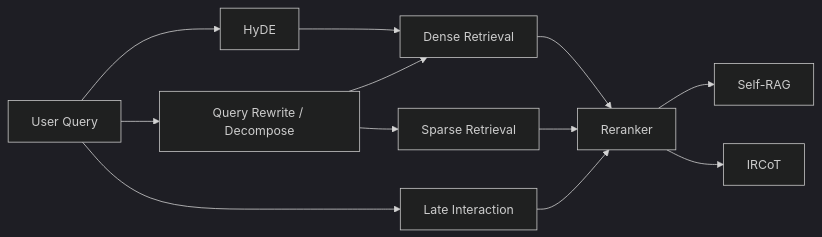
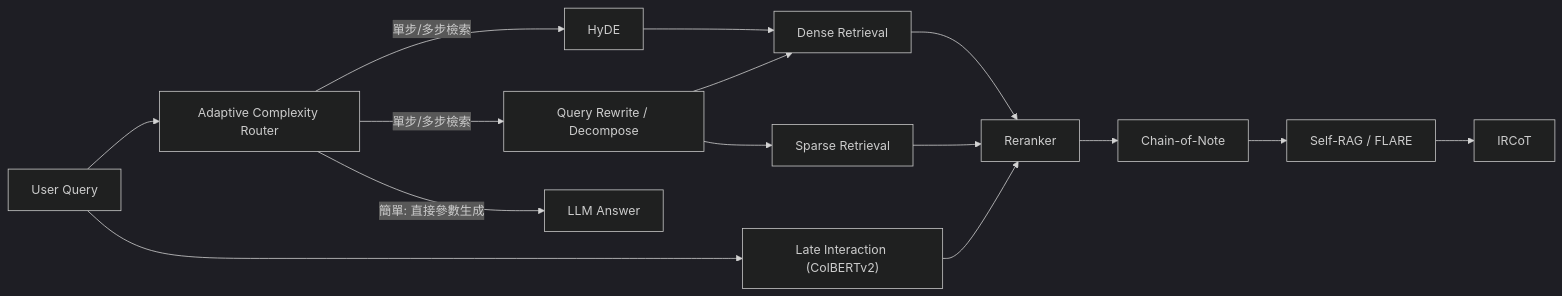
One commit to Cycl0n3-ga/RAG-survey changed the diagram in 02 - 研究領域專題 (Research Domains)/Domain 03 - 先進 RAG 與檢索機制 (ColBERT, HyDE, Self-RAG).md. Above: the diagram before and after it, drawn with Mermaid (dark theme). The commit also changed other lines of this file and 15 other files, not shown here.

Commit message:
feat(notes): add dedicated notes for REALM, RETRO, ColBERTv2, FLARE, Adaptive-RAG, and Chain-of-Note

````diff
--- a/02 - 研究領域專題 (Research Domains)/Domain 03 - 先進 RAG 與檢索機制 (ColBERT, HyDE, Self-RAG).md
+++ b/02 - 研究領域專題 (Research Domains)/Domain 03 - 先進 RAG 與檢索機制 (ColBERT, HyDE, Self-RAG).md
@@ -25,24 +25,29 @@
 ```mermaid
 flowchart LR
     Q["User Query"]
+    AR["Adaptive Complexity Router"]
     HY["HyDE"]
     RW["Query Rewrite / Decompose"]
     DR["Dense Retrieval"]
     SP["Sparse Retrieval"]
-    LI["Late Interaction"]
+    LI["Late Interaction (ColBERTv2)"]
     RR["Reranker"]
-    SR["Self-RAG"]
+    SR["Self-RAG / FLARE"]
+    CN["Chain-of-Note"]
     IR["IRCoT"]
 
-    Q --> HY
-    Q --> RW
+    Q --> AR
+    AR -->|"簡單: 直接參數生成"| LLM["LLM Answer"]
+    AR -->|"單步/多步檢索"| HY
+    AR -->|"單步/多步檢索"| RW
     HY --> DR
     RW --> DR
     RW --> SP
     Q --> LI
     DR --> RR
     SP --> RR
     LI --> RR
-    RR --> SR
-    RR --> IR
+    RR --> CN
+    CN --> SR
+    SR --> IR
 ```
````
